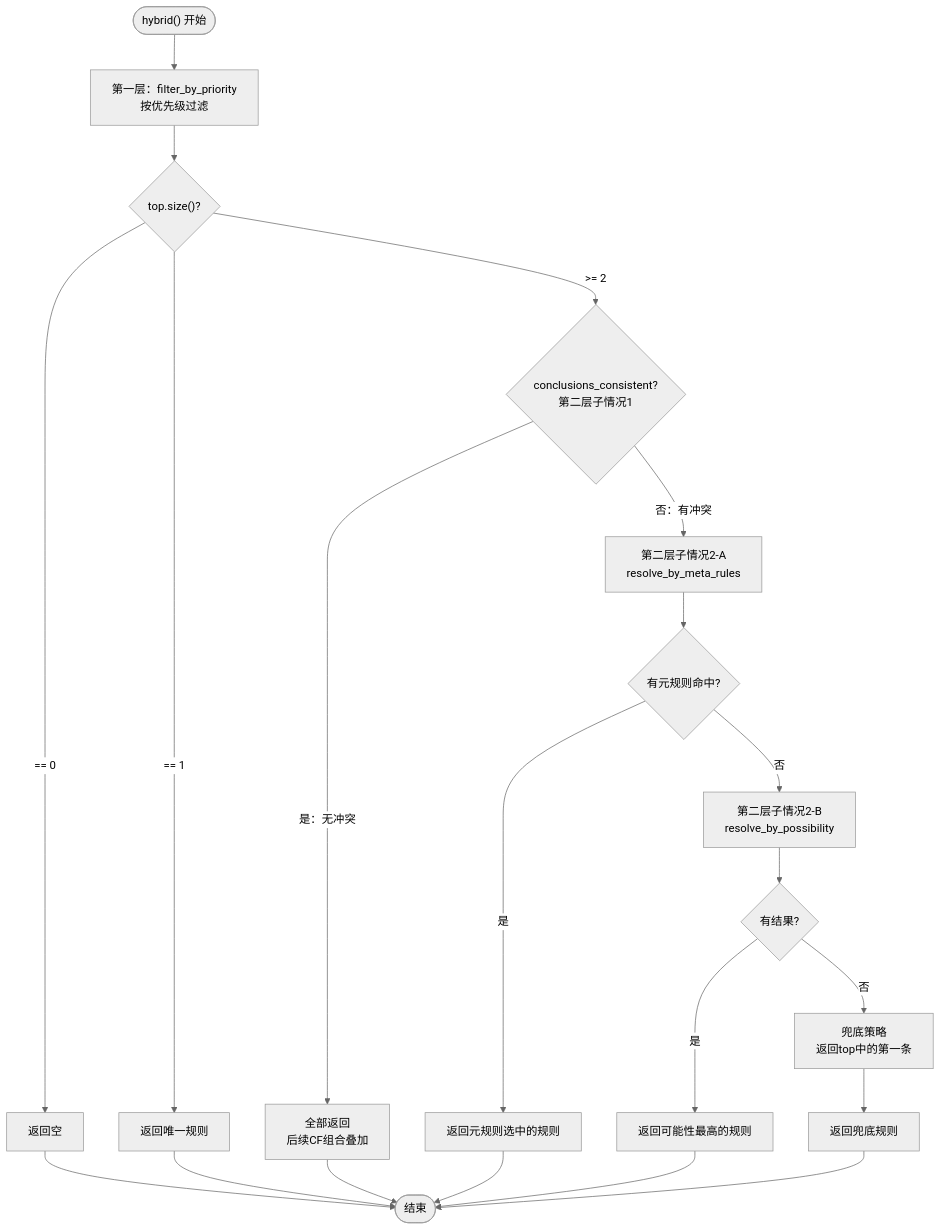
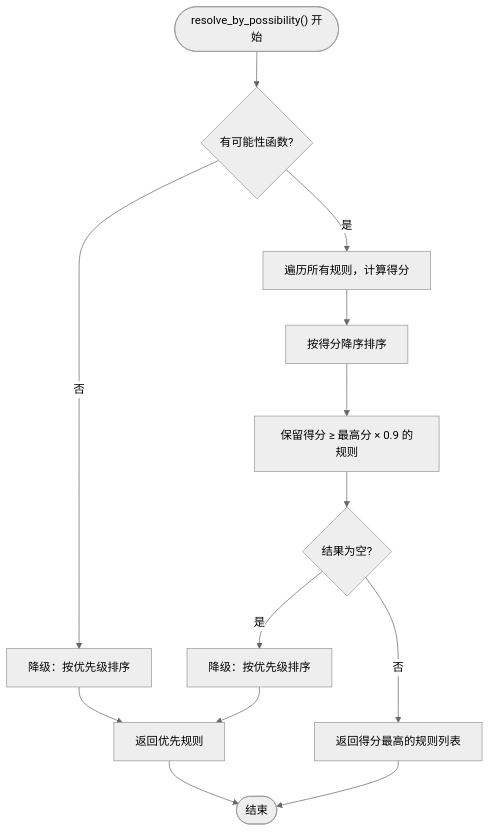
Before and after one commit to autentisitet/ai-expert-system: the fourth of 4 diagrams in docs/conflict_resolver_design.md, drawn with Mermaid (neutral theme). The commit also changed other lines of this file and 2 other files, not shown here.

````diff
--- a/docs/conflict_resolver_design.md
+++ b/docs/conflict_resolver_design.md
@@ -219,36 +249,22 @@
 ```mermaid
 flowchart TD
-    start(["hybrid() 开始"]) --> filterPriority["第一层：filter_by_priority<br/>按优先级过滤"]
+    start(["resolve_by_possibility() 开始"]) --> hasFunc{"有可能性函数?"}
 
-    filterPriority --> topRules{"top.size()?"}
+    hasFunc -->|否| fallbackPriority["降级：按优先级排序"]
 
-    topRules -->|"== 0"| returnEmpty["返回空"]
-    topRules -->|"== 1"| returnSingle["返回唯一规则"]
+    hasFunc -->|是| scoreEach["遍历所有规则，计算得分"]
 
-    topRules -->|">= 2"| checkConsistent{"conclusions_consistent?<br/>第二层子情况1"}
+    scoreEach --> sortByScore["按得分降序排序"]
 
-    checkConsistent -->|"是：无冲突"| returnAll["全部返回<br/>后续CF组合叠加"]
+    sortByScore --> threshold["保留得分 ≥ 最高分 × 0.9 的规则"]
 
-    checkConsistent -->|"否：有冲突"| tryMeta["第二层子情况2-A<br/>resolve_by_meta_rules"]
+    threshold --> result{"结果为空?"}
 
-    tryMeta --> metaResult{"有元规则命中?"}
+    result -->|是| fallbackPriority2["降级：按优先级排序"]
+    result -->|否| returnRules["返回得分最高的规则列表"]
 
-    metaResult -->|是| returnMeta["返回元规则选中的规则"]
-
-    metaResult -->|否| tryPossibility["第二层子情况2-B<br/>resolve_by_possibility"]
-
-    tryPossibility --> possibilityResult{"有结果?"}
-
-    possibilityResult -->|是| returnPossibility["返回可能性最高的规则"]
-
-    possibilityResult -->|否| fallback["兜底策略<br/>返回top中的第一条"]
-
-    fallback --> returnFallback["返回兜底规则"]
-
-    returnEmpty --> endNode(["结束"])
-    returnSingle --> endNode
-    returnAll --> endNode
-    returnMeta --> endNode
-    returnPossibility --> endNode
+    fallbackPriority --> returnFallback["返回优先规则"]
+    fallbackPriority2 --> returnFallback
+    returnRules --> endNode(["结束"])
     returnFallback --> endNode
 ```
````
